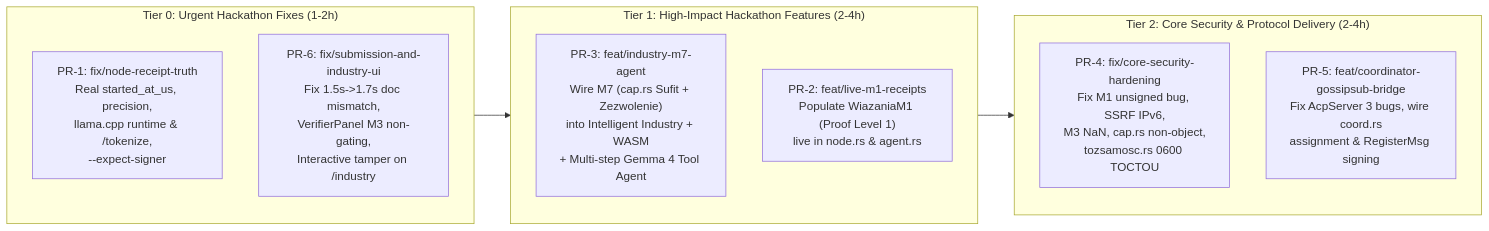
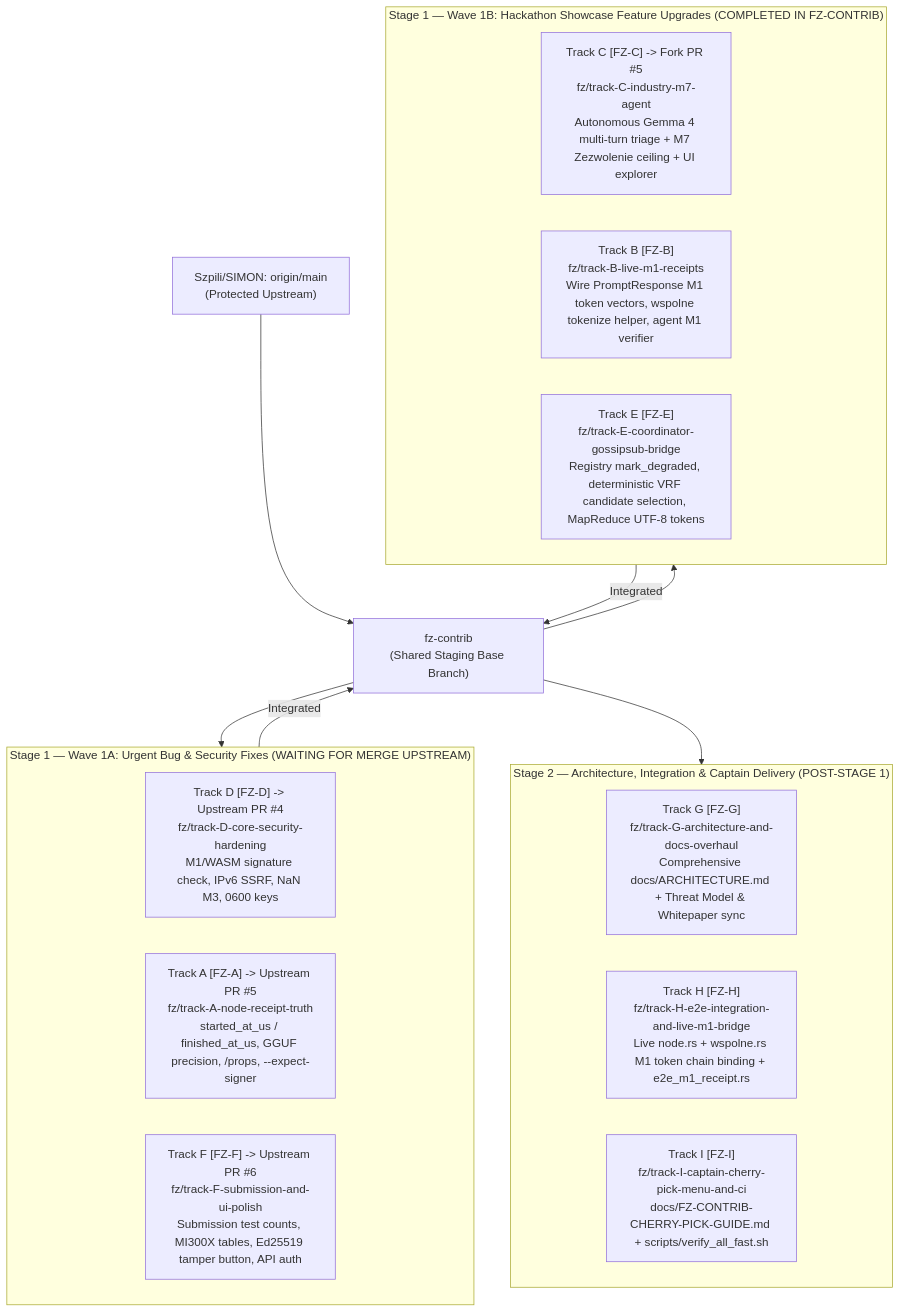
The diagram in 05_HACKATHON_ROADMAP_AND_PR_CATALOG.md (filipzarzynski/SIMPN_ARGON_HANDOWER), drawn with Mermaid before and after one commit. The commit also changed other lines of this file and 29 other files, not shown here.

Commit message:
docs(handover): align PR naming conventions, document upstream PRs #4, #5, #6, and record Stage 1 Track B, C, E completion

````diff
--- a/05_HACKATHON_ROADMAP_AND_PR_CATALOG.md
+++ b/05_HACKATHON_ROADMAP_AND_PR_CATALOG.md
@@ -11,19 +24,30 @@
 ```mermaid
-flowchart LR
-    subgraph Tier0["Tier 0: Urgent Hackathon Fixes (1-2h)"]
-        PR1["PR-1: fix/node-receipt-truth<br/>Real started_at_us, precision,<br/>llama.cpp runtime & /tokenize,<br/>--expect-signer"]
-        PR6["PR-6: fix/submission-and-industry-ui<br/>Fix 1.5s->1.7s doc mismatch,<br/>VerifierPanel M3 non-gating,<br/>Interactive tamper on /industry"]
+flowchart TD
+    Main["Szpili/SIMON: origin/main<br/>(Protected Upstream)"]
+    FZ["fz-contrib<br/>(Shared Staging Base Branch)"]
+    Main --> FZ
+
+    subgraph Wave1A["Stage 1 — Wave 1A: Urgent Bug & Security Fixes (WAITING FOR MERGE UPSTREAM)"]
+        TD["Track D [FZ-D] -> Upstream PR #4<br/>fz/track-D-core-security-hardening<br/>M1/WASM signature check, IPv6 SSRF, NaN M3, 0600 keys"]
+        TA["Track A [FZ-A] -> Upstream PR #5<br/>fz/track-A-node-receipt-truth<br/>started_at_us / finished_at_us, GGUF precision, /props, --expect-signer"]
+        TF["Track F [FZ-F] -> Upstream PR #6<br/>fz/track-F-submission-and-ui-polish<br/>Submission test counts, MI300X tables, Ed25519 tamper button, API auth"]
     end
 
-    subgraph Tier1["Tier 1: High-Impact Hackathon Features (2-4h)"]
-        PR3["PR-3: feat/industry-m7-agent<br/>Wire M7 (cap.rs Sufit + Zezwolenie)<br/>into Intelligent Industry + WASM<br/>+ Multi-step Gemma 4 Tool Agent"]
-        PR2["PR-2: feat/live-m1-receipts<br/>Populate WiazaniaM1 (Proof Level 1)<br/>live in node.rs & agent.rs"]
+    subgraph Wave1B["Stage 1 — Wave 1B: Hackathon Showcase Feature Upgrades (COMPLETED IN FZ-CONTRIB)"]
+        TC["Track C [FZ-C] -> Fork PR #5<br/>fz/track-C-industry-m7-agent<br/>Autonomous Gemma 4 multi-turn triage + M7 Zezwolenie ceiling + UI explorer"]
+        TB["Track B [FZ-B]<br/>fz/track-B-live-m1-receipts<br/>Wire PromptResponse M1 token vectors, wspolne tokenize helper, agent M1 verifier"]
+        TE["Track E [FZ-E]<br/>fz/track-E-coordinator-gossipsub-bridge<br/>Registry mark_degraded, deterministic VRF candidate selection, MapReduce UTF-8 tokens"]
     end
 
-    subgraph Tier2["Tier 2: Core Security & Protocol Delivery (2-4h)"]
-        PR4["PR-4: fix/core-security-hardening<br/>Fix M1 unsigned bug, SSRF IPv6,<br/>M3 NaN, cap.rs non-object,<br/>tozsamosc.rs 0600 TOCTOU"]
-        PR5["PR-5: feat/coordinator-gossipsub-bridge<br/>Fix AcpServer 3 bugs, wire coord.rs<br/>assignment & RegisterMsg signing"]
+    subgraph Stage2["Stage 2 — Architecture, Integration & Captain Delivery (POST-STAGE 1)"]
+        TG["Track G [FZ-G]<br/>fz/track-G-architecture-and-docs-overhaul<br/>Comprehensive docs/ARCHITECTURE.md + Threat Model & Whitepaper sync"]
+        TH["Track H [FZ-H]<br/>fz/track-H-e2e-integration-and-live-m1-bridge<br/>Live node.rs + wspolne.rs M1 token chain binding + e2e_m1_receipt.rs"]
+        TI["Track I [FZ-I]<br/>fz/track-I-captain-cherry-pick-menu-and-ci<br/>docs/FZ-CONTRIB-CHERRY-PICK-GUIDE.md + scripts/verify_all_fast.sh"]
     end
 
-    Tier0 --> Tier1 --> Tier2
+    FZ --> Wave1A
+    FZ --> Wave1B
+    Wave1A -->|"Integrated"| FZ
+    Wave1B -->|"Integrated"| FZ
+    FZ --> Stage2
 ```
````
